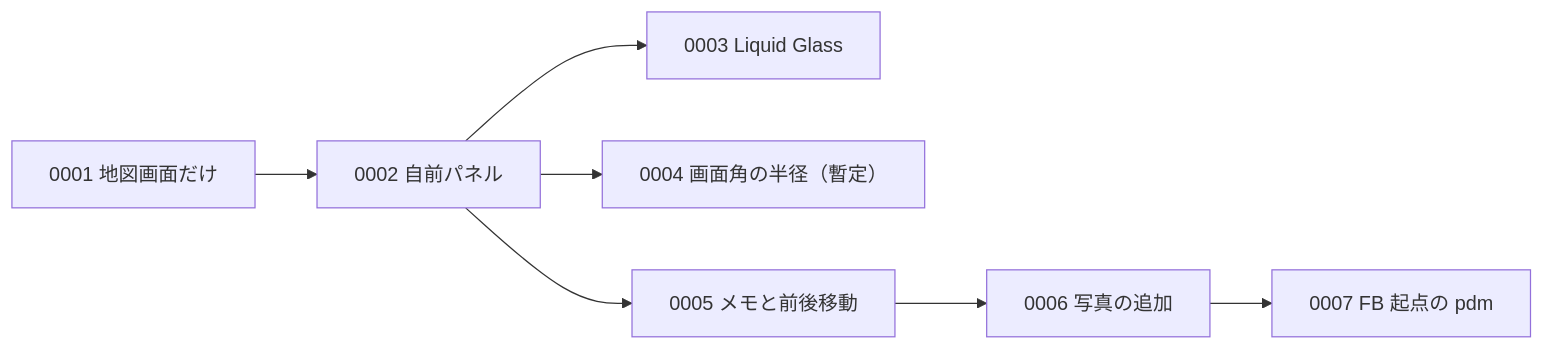
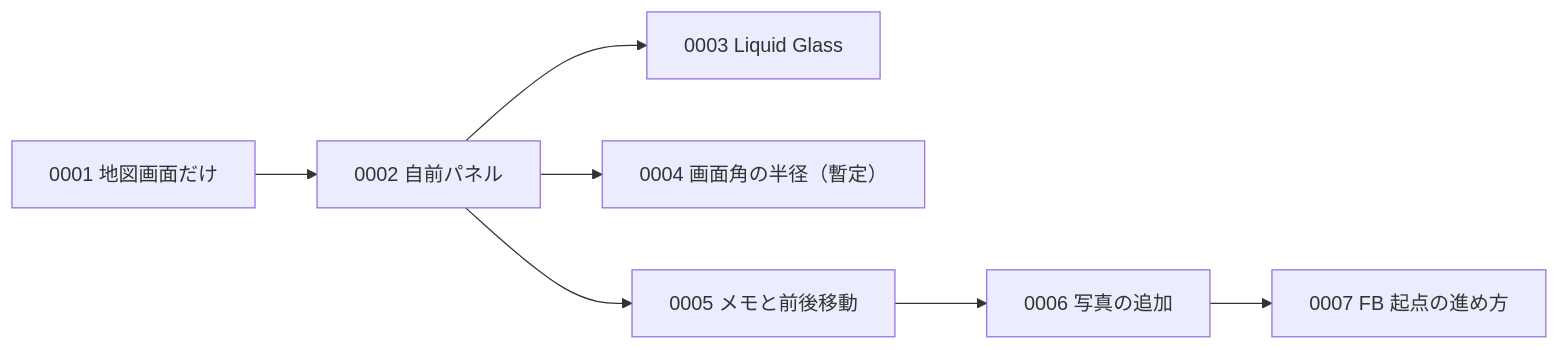
Before and after one commit to akidon0000/tabi-memo: the diagram in docs/adr/README.md, drawn with Mermaid. The commit also changed other lines of this file and 6 other files, not shown here.

````diff
--- a/docs/adr/README.md
+++ b/docs/adr/README.md
@@ -38,9 +38,9 @@
 ```mermaid
 flowchart LR
     0001["0001 地図画面だけ"] --> 0002["0002 自前パネル"]
     0002 --> 0003["0003 Liquid Glass"]
     0002 --> 0004["0004 画面角の半径（暫定）"]
     0002 --> 0005["0005 メモと前後移動"]
     0005 --> 0006["0006 写真の追加"]
-    0006 --> 0007["0007 FB 起点の pdm"]
+    0006 --> 0007["0007 FB 起点の進め方"]
 ```
````
